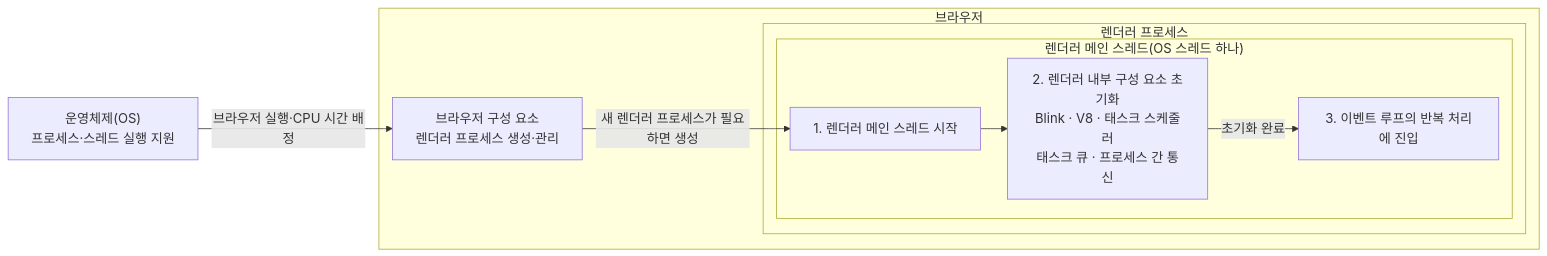
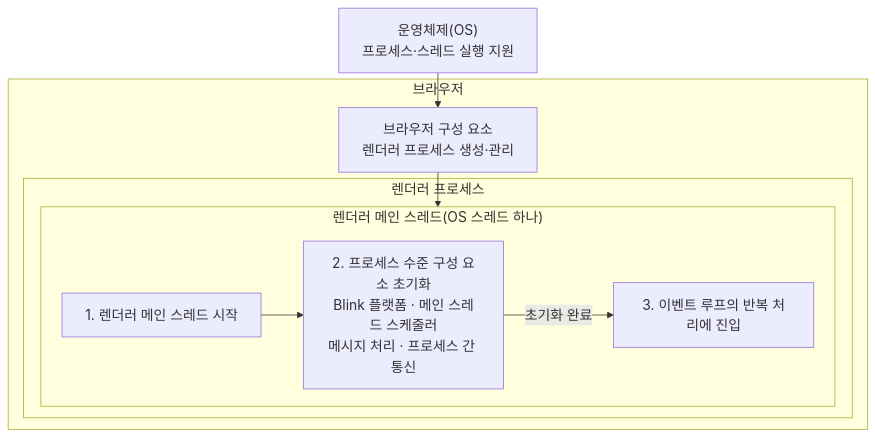
Before and after one commit to lee-gimoon/futures-paper-trading: the first of 3 diagrams in docs/frontend-study/06-main-thread-call-stack-and-event-loop.md, drawn with Mermaid. The commit also changed other lines of this file, not shown here.

Commit message:
docs: correct event loop and main thread flow

````diff
--- a/docs/frontend-study/06-main-thread-call-stack-and-event-loop.md
+++ b/docs/frontend-study/06-main-thread-call-stack-and-event-loop.md
@@ -28,22 +32,23 @@
 ```mermaid
-%%{init: {"themeVariables": {"fontSize": "17px"}, "flowchart": {"nodeSpacing": 30, "rankSpacing": 35}}}%%
-flowchart LR
+%%{init: {"themeVariables": {"fontSize": "18px"}, "flowchart": {"nodeSpacing": 25, "rankSpacing": 30, "subGraphTitleMargin": {"top": 0, "bottom": 22}}}}%%
+flowchart TB
   OS["운영체제(OS)<br/>프로세스·스레드 실행 지원"]
 
   subgraph BROWSER["브라우저"]
     COMPONENTS["브라우저 구성 요소<br/>렌더러 프로세스 생성·관리"]
 
     subgraph RENDERER["렌더러 프로세스"]
       subgraph MAIN["렌더러 메인 스레드(OS 스레드 하나)"]
+        direction LR
         START["1. 렌더러 메인 스레드 시작"]
-        INIT["2. 렌더러 내부 구성 요소 초기화<br/>Blink · V8 · 태스크 스케줄러<br/>태스크 큐 · 프로세스 간 통신"]
+        INIT["2. 프로세스 수준 구성 요소 초기화<br/>Blink 플랫폼 · 메인 스레드 스케줄러<br/>메시지 처리 · 프로세스 간 통신"]
         READY["3. 이벤트 루프의 반복 처리에 진입"]
+        START --> INIT
+        INIT -->|"초기화 완료"| READY
       end
     end
   end
 
-  OS -->|"브라우저 실행·CPU 시간 배정"| COMPONENTS
-  COMPONENTS -->|"새 렌더러 프로세스가 필요하면 생성"| START
-  START --> INIT
-  INIT -->|"초기화 완료"| READY
+  OS --> COMPONENTS
+  COMPONENTS --> MAIN
 ```
````
